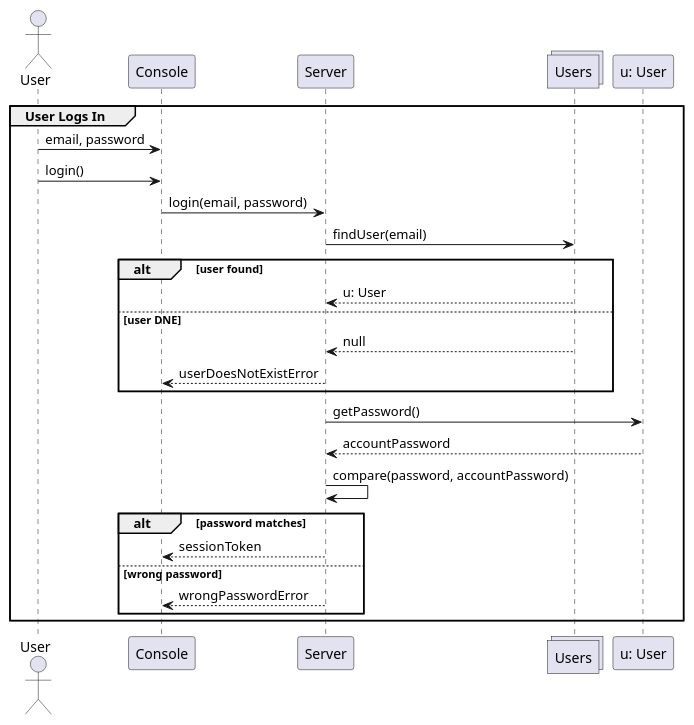
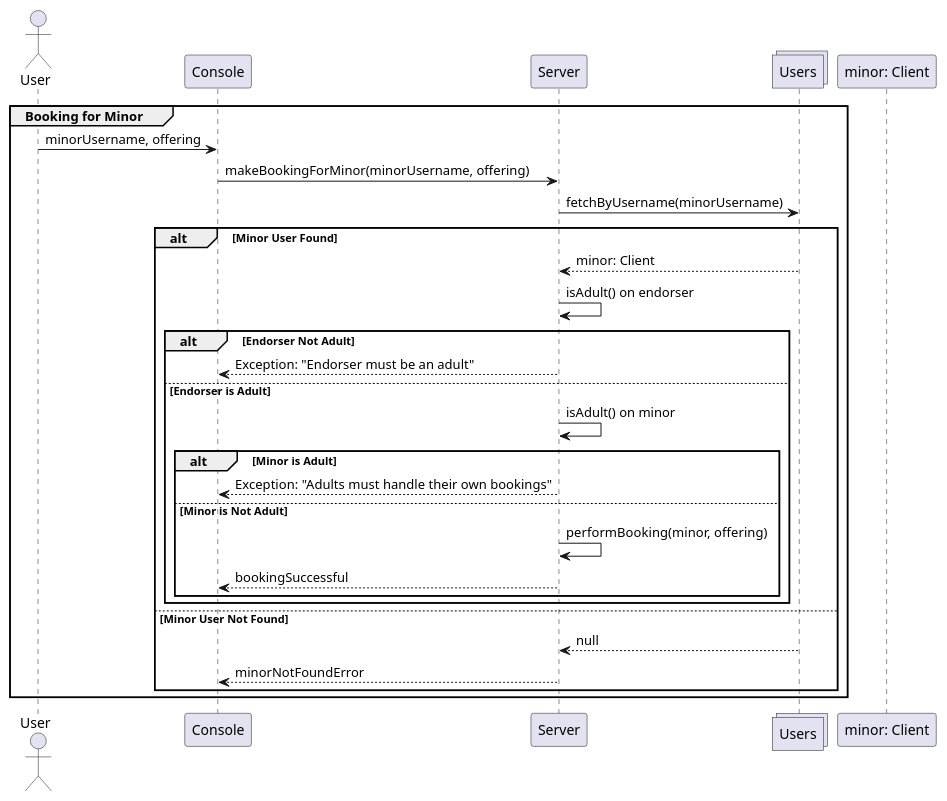
Before and after one commit to FrancoDominguez/SOEN342-project: the diagram in Documentation/SequenceDiagrams/Login.puml, drawn with PlantUML. The commit also changed 25 other files, not shown here.

```diff
--- a/Documentation/SequenceDiagrams/Login.puml
+++ b/Documentation/SequenceDiagrams/Login.puml
@@ -1,32 +1,34 @@
-@startuml TakingOffering
+@startuml BookingForMinor
 
 Actor UserPerson as "User"
 participant Console as Console
 participant Server as Server
-collections Users as Accounts
-participant User as "u: User"
+collections Users as ClientsCatalog
+participant Client as "minor: Client"
+participant Client as "endorser: Client"
 
-
-
-group User Logs In
-  UserPerson -> Console: email, password
-  UserPerson -> Console: login()
-  Console -> Server: login(email, password)
-  Server -> Accounts: findUser(email)
-  alt user found
-    Accounts --> Server: u: User
-  else user DNE
-    Accounts --> Server: null
-    Server --> Console: userDoesNotExistError
-  end
-  Server -> User: getPassword()
-  User --> Server: accountPassword
-  Server -> Server: compare(password, accountPassword)
-  alt password matches
-    Server --> Console: sessionToken
-  else wrong password
-    Server --> Console: wrongPasswordError
+group Booking for Minor
+  UserPerson -> Console: minorUsername, offering
+  Console -> Server: makeBookingForMinor(minorUsername, offering)
+  Server -> ClientsCatalog: fetchByUsername(minorUsername)
+  alt Minor User Found
+    ClientsCatalog --> Server: minor: Client
+    Server -> Server: isAdult() on endorser
+    alt Endorser Not Adult
+      Server --> Console: Exception: "Endorser must be an adult"
+    else Endorser is Adult
+      Server -> Server: isAdult() on minor
+      alt Minor is Adult
+        Server --> Console: Exception: "Adults must handle their own bookings"
+      else Minor is Not Adult
+        Server -> Server: performBooking(minor, offering)
+        Server --> Console: bookingSuccessful
+      end
+    end
+  else Minor User Not Found
+    ClientsCatalog --> Server: null
+    Server --> Console: minorNotFoundError
   end
 end
 
 @enduml
```
